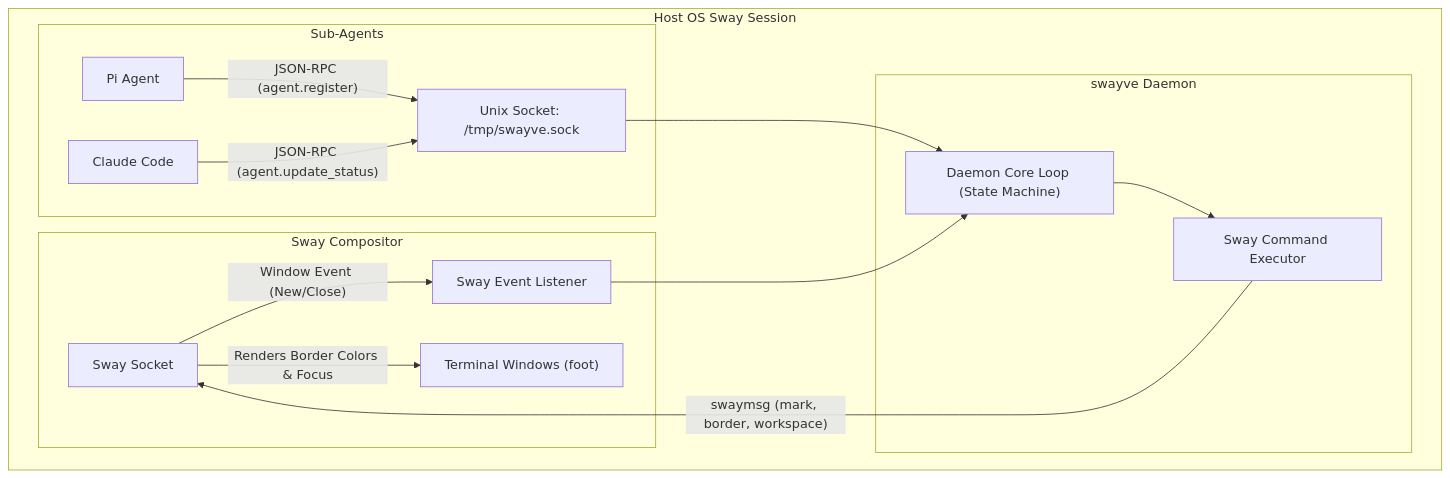
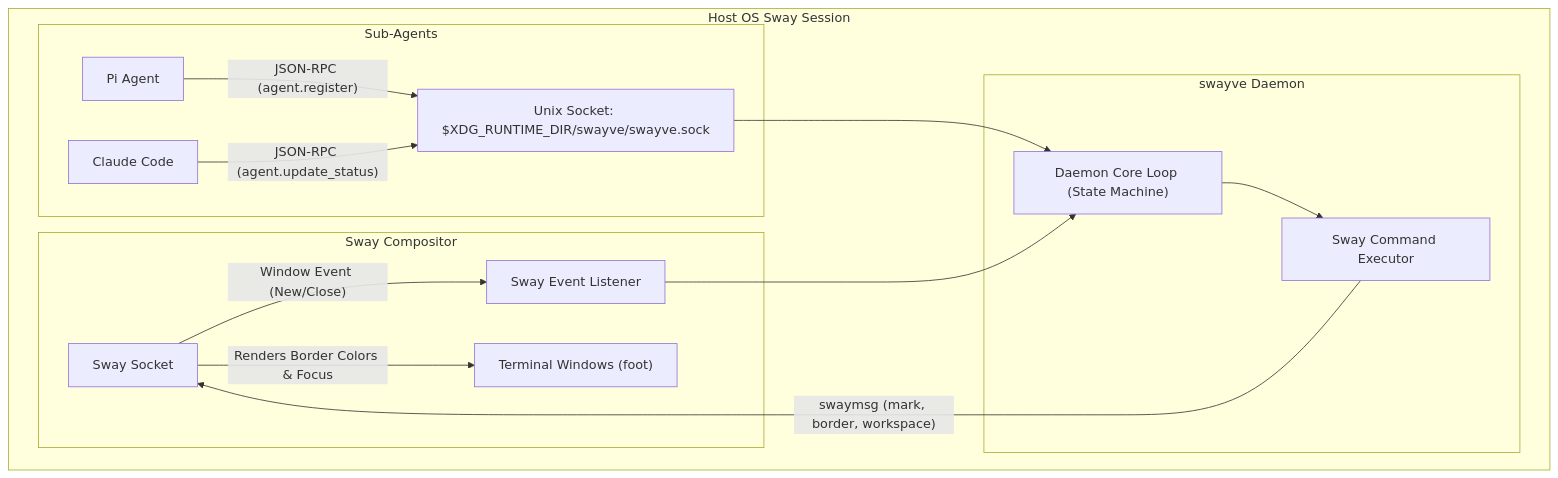
The diagram in README.md (brownag/swayve), drawn with Mermaid before and after one commit. The commit also changed 4 other files, not shown here.

Commit message:
fix(daemon): keep socket and agent logs in the per-user runtime dir

````diff
--- a/README.md
+++ b/README.md
@@ -28,21 +28,21 @@
 ```mermaid
 graph TD
     subgraph Host OS Sway Session
         subgraph Sub-Agents
-            A["Pi Agent"] -- "JSON-RPC (agent.register)" --> S["Unix Socket: /tmp/swayve.sock"]
+            A["Pi Agent"] -- "JSON-RPC (agent.register)" --> S["Unix Socket: $XDG_RUNTIME_DIR/swayve/swayve.sock"]
             B["Claude Code"] -- "JSON-RPC (agent.update_status)" --> S
         end
 
         subgraph swayve["swayve Daemon"]
             S --> D["Daemon Core Loop (State Machine)"]
             D --> E["Sway Command Executor"]
         end
 
         subgraph Sway["Sway Compositor"]
             SW["Sway Socket"] -- "Window Event (New/Close)" --> L["Sway Event Listener"]
             L --> D
             E -- "swaymsg (mark, border, workspace)" --> SW
             SW -- "Renders Border Colors & Focus" --> T["Terminal Windows (foot)"]
         end
     end
 ```
````
